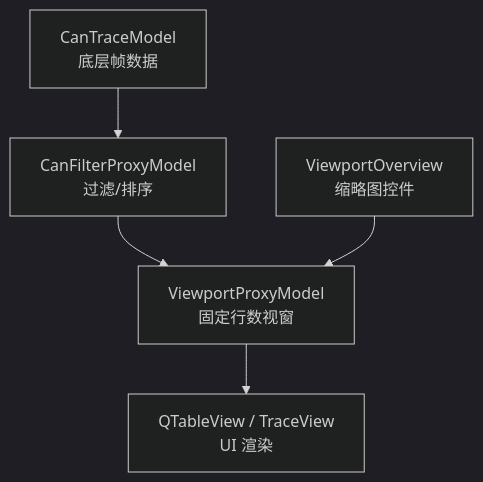
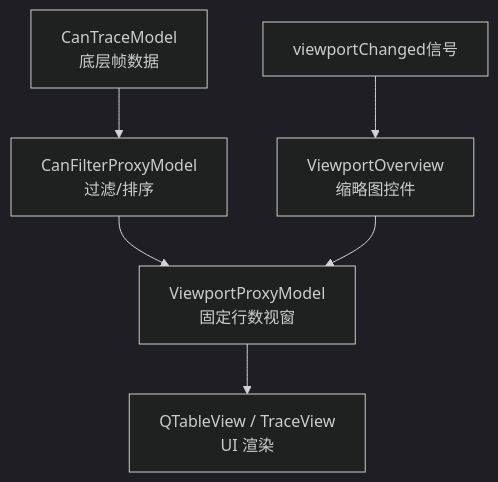
Before and after one commit to jakecai1225-design/OpenBus: the first of 6 diagrams in .qoder/repowiki/zh/content/核心模块详解/视口代理模型.md, drawn with Mermaid (dark theme). The commit also changed other lines of this file and 27 other files, not shown here.

````diff
--- a/.qoder/repowiki/zh/content/核心模块详解/视口代理模型.md
+++ b/.qoder/repowiki/zh/content/核心模块详解/视口代理模型.md
@@ -36,7 +46,8 @@
 ```mermaid
 graph TB
 A["CanTraceModel<br/>底层帧数据"] --> B["CanFilterProxyModel<br/>过滤/排序"]
 B --> C["ViewportProxyModel<br/>固定行数视窗"]
 C --> D["QTableView / TraceView<br/>UI 渲染"]
 E["ViewportOverview<br/>缩略图控件"] --> C
+F["viewportChanged信号"] --> E
 ```
````
